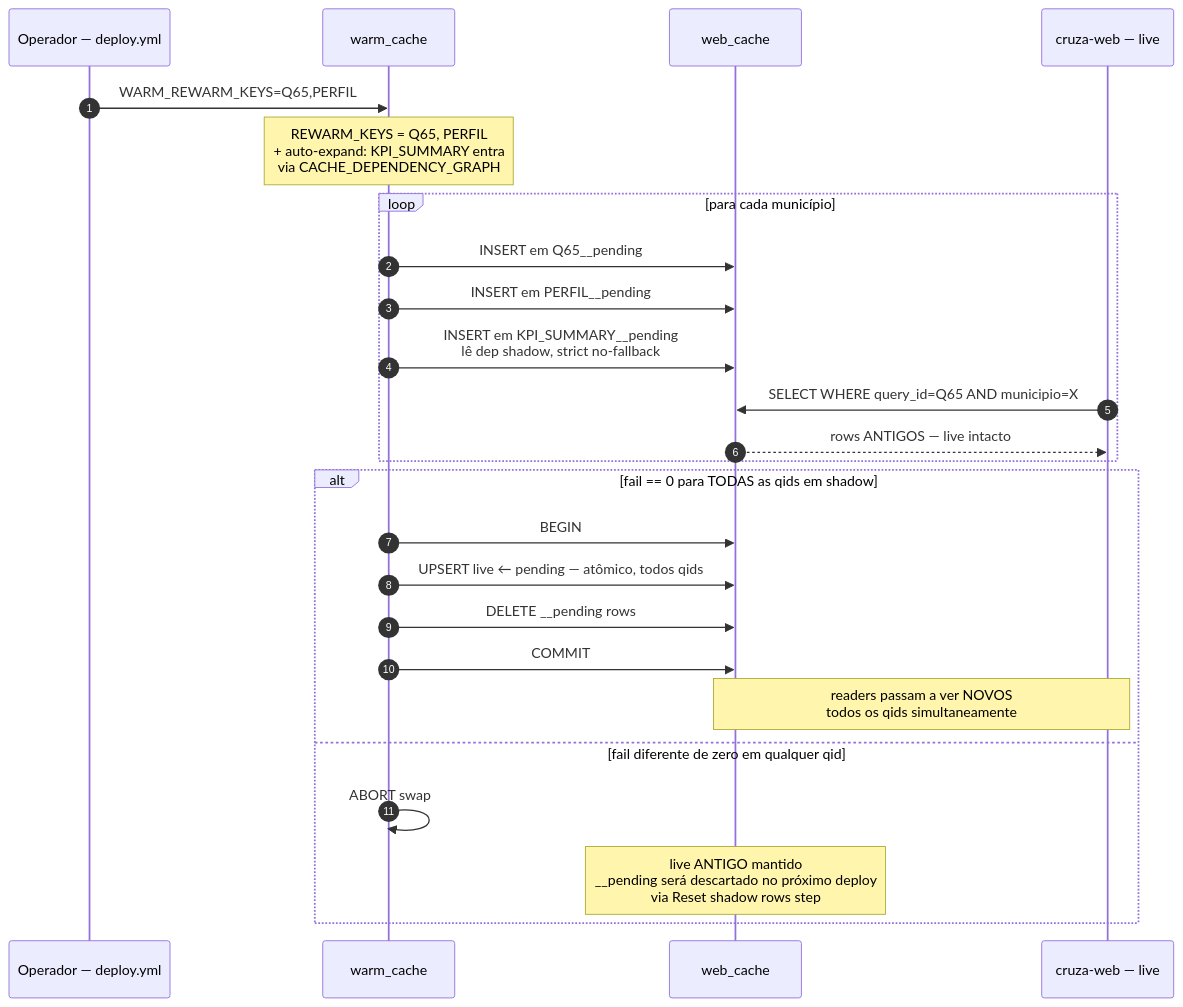
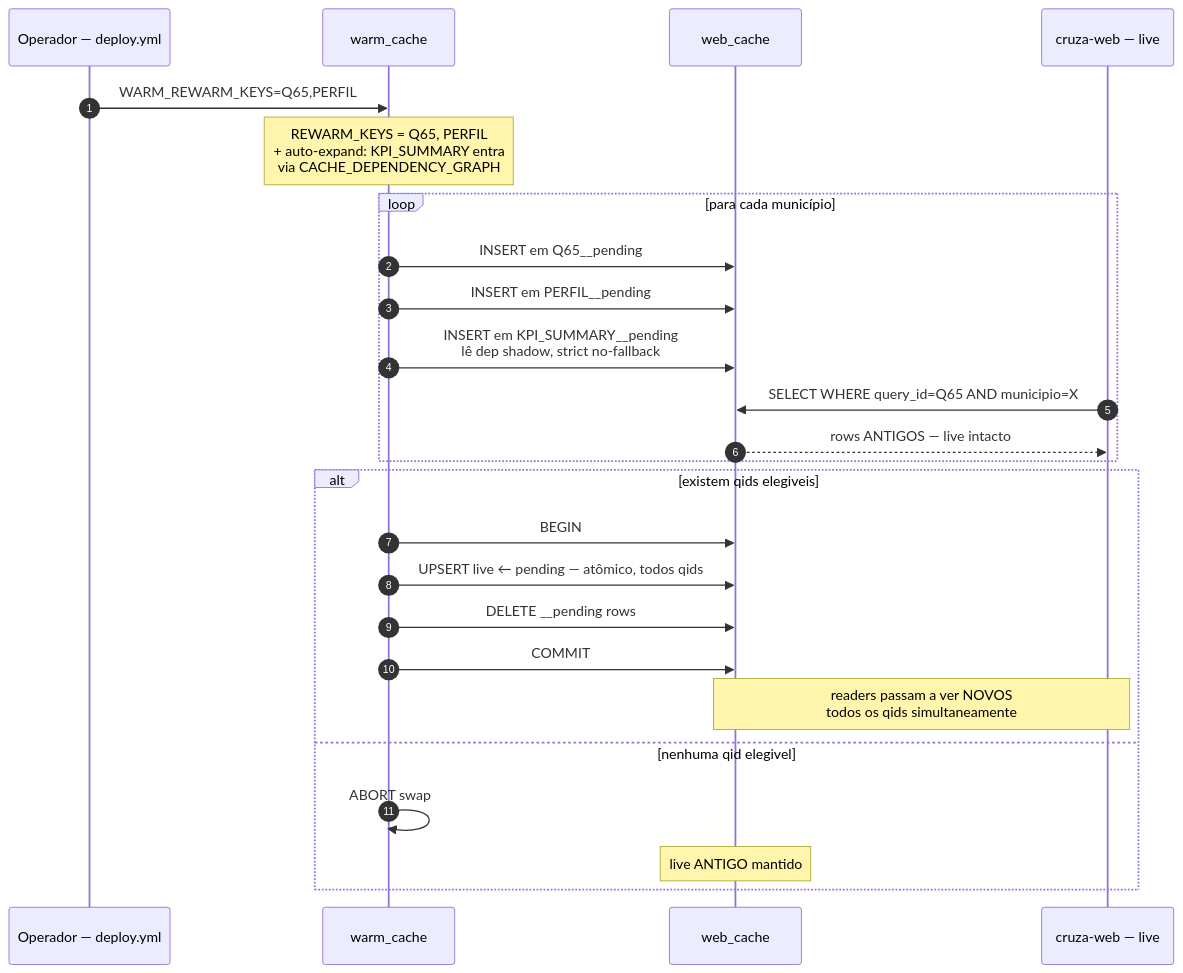
One commit to lucasdiniz/govbr-cruza-dados changed the diagram in docs/cache.md. Above: the diagram before and after it, drawn with Mermaid. The commit also changed other lines of this file and 7 other files, not shown here.

````diff
--- a/docs/cache.md
+++ b/docs/cache.md
@@ -49,30 +49,30 @@
 ```mermaid
 sequenceDiagram
     autonumber
     participant Op as Operador — deploy.yml
     participant W as warm_cache
     participant PG as web_cache
     participant UI as cruza-web — live
 
     Op->>W: WARM_REWARM_KEYS=Q65,PERFIL
     Note over W: REWARM_KEYS = Q65, PERFIL<br/>+ auto-expand: KPI_SUMMARY entra<br/>via CACHE_DEPENDENCY_GRAPH
 
     loop para cada município
         W->>PG: INSERT em Q65__pending
         W->>PG: INSERT em PERFIL__pending
         W->>PG: INSERT em KPI_SUMMARY__pending<br/>lê dep shadow, strict no-fallback
         UI->>PG: SELECT WHERE query_id=Q65 AND municipio=X
         PG-->>UI: rows ANTIGOS — live intacto
     end
 
-    alt fail == 0 para TODAS as qids em shadow
+    alt existem qids elegiveis
         W->>PG: BEGIN
         W->>PG: UPSERT live ← pending — atômico, todos qids
         W->>PG: DELETE __pending rows
         W->>PG: COMMIT
         Note over UI,PG: readers passam a ver NOVOS<br/>todos os qids simultaneamente
-    else fail diferente de zero em qualquer qid
+    else nenhuma qid elegivel
         W->>W: ABORT swap
-        Note over PG: live ANTIGO mantido<br/>__pending será descartado no próximo deploy<br/>via Reset shadow rows step
+        Note over PG: live ANTIGO mantido
     end
 ```
````
